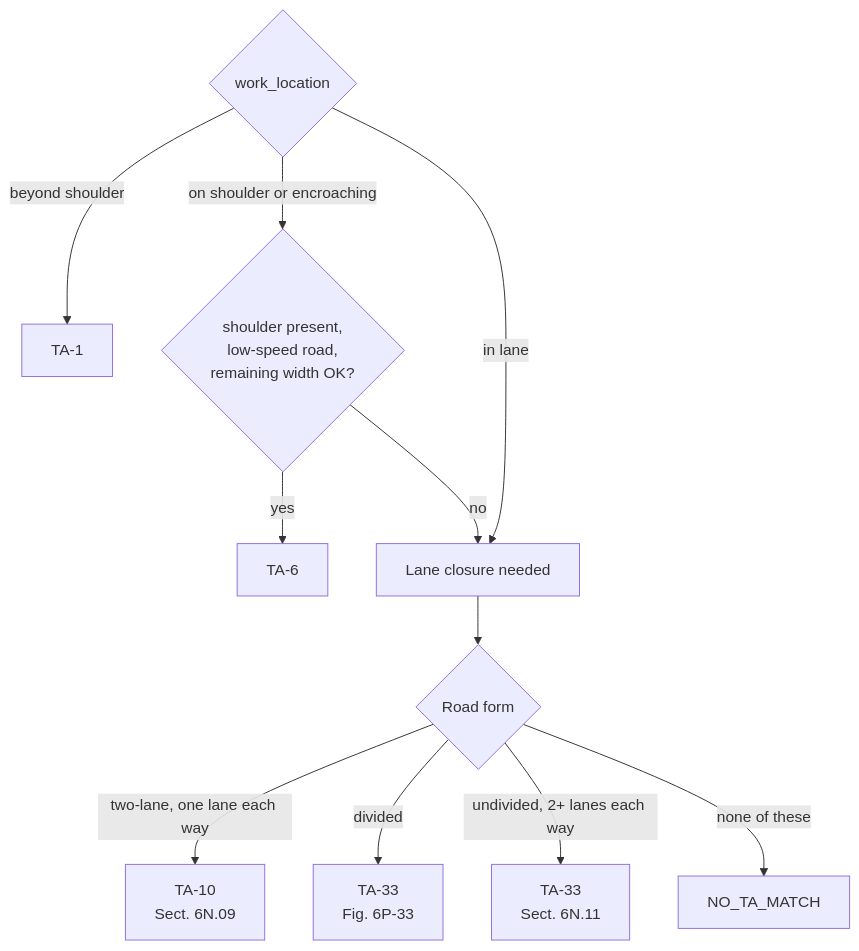
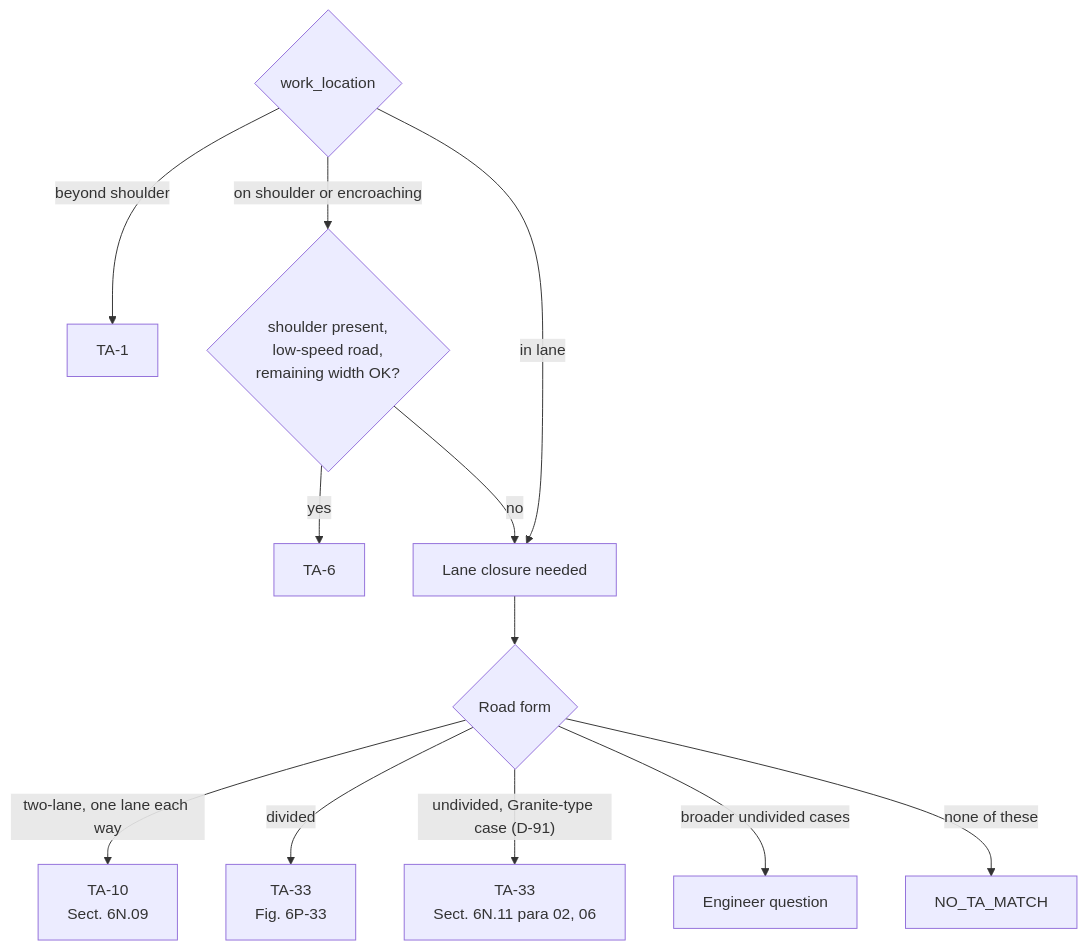
The seventh of 12 diagrams in docs/architecture/TCP_MVP_Architecture_Plan_v4.md (sshah-pike/TCP_POC_PERSONAL), drawn with Mermaid before and after one commit. The commit also changed other lines of this file and 2 other files, not shown here.

````diff
--- a/docs/architecture/TCP_MVP_Architecture_Plan_v4.md
+++ b/docs/architecture/TCP_MVP_Architecture_Plan_v4.md
@@ -573,13 +573,14 @@
 ```mermaid
 flowchart TD
   W{work_location} -- beyond shoulder --> T1[TA-1]
   W -- on shoulder or encroaching --> S{shoulder present,<br/>low-speed road,<br/>remaining width OK?}
   S -- yes --> T6[TA-6]
   S -- no --> LC[Lane closure needed]
   W -- in lane --> LC
   LC --> D{Road form}
   D -- two-lane, one lane each way --> T10[TA-10<br/>Sect. 6N.09]
   D -- divided --> T33[TA-33<br/>Fig. 6P-33]
-  D -- undivided, 2+ lanes each way --> T33b[TA-33<br/>Sect. 6N.11]
+  D -- undivided, Granite-type case (D-91) --> T33b[TA-33<br/>Sect. 6N.11 para 02, 06]
+  D -- broader undivided cases --> EQ[Engineer question]
   D -- none of these --> N[NO_TA_MATCH]
 ```
````
